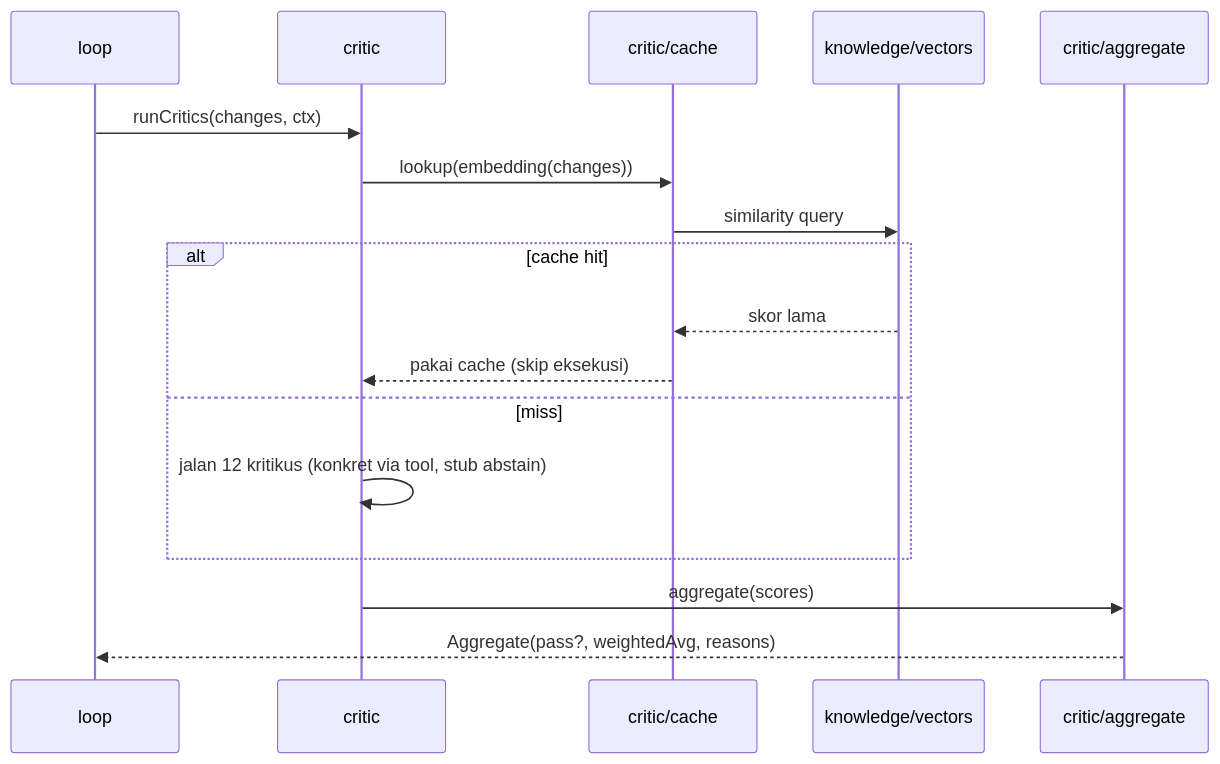
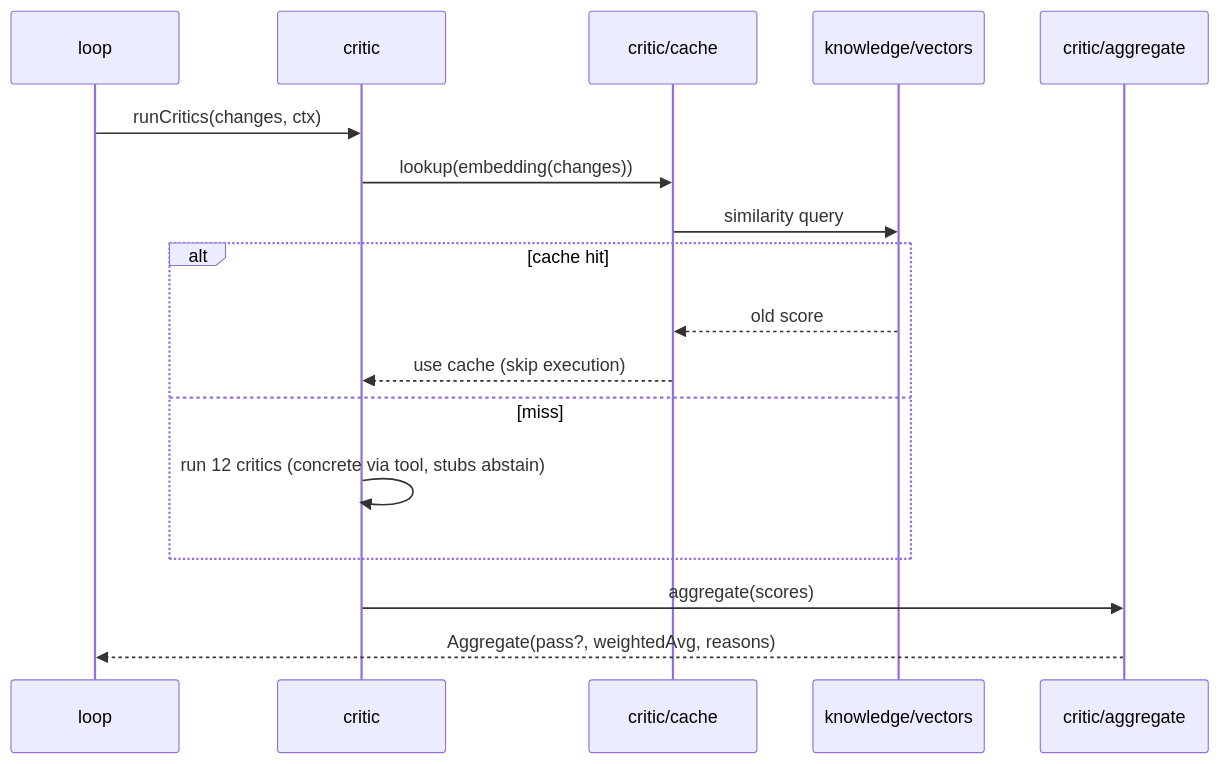
The fourth of 4 diagrams in docs/design/sequences.md (miruamel/zhi), drawn with Mermaid before and after one commit. The commit also changed other lines of this file and 33 other files, not shown here.

First line of the commit message:
docs(i18n): translate README + docs/{ARCHITECTURE,configuration,security,observability,design,guides,standards,runbooks,examples} to English

````diff
--- a/docs/design/sequences.md
+++ b/docs/design/sequences.md
@@ -89,20 +89,20 @@
 ```mermaid
 sequenceDiagram
   participant L as loop
   participant C as critic
   participant Cache as critic/cache
   participant V as knowledge/vectors
   participant Agg as critic/aggregate
 
   L->>C: runCritics(changes, ctx)
   C->>Cache: lookup(embedding(changes))
   Cache->>V: similarity query
   alt cache hit
-    V-->>Cache: skor lama
-    Cache-->>C: pakai cache (skip eksekusi)
+    V-->>Cache: old score
+    Cache-->>C: use cache (skip execution)
   else miss
-    C->>C: jalan 12 kritikus (konkret via tool, stub abstain)
+    C->>C: run 12 critics (concrete via tool, stubs abstain)
   end
   C->>Agg: aggregate(scores)
   Agg-->>L: Aggregate(pass?, weightedAvg, reasons)
 ```
````
